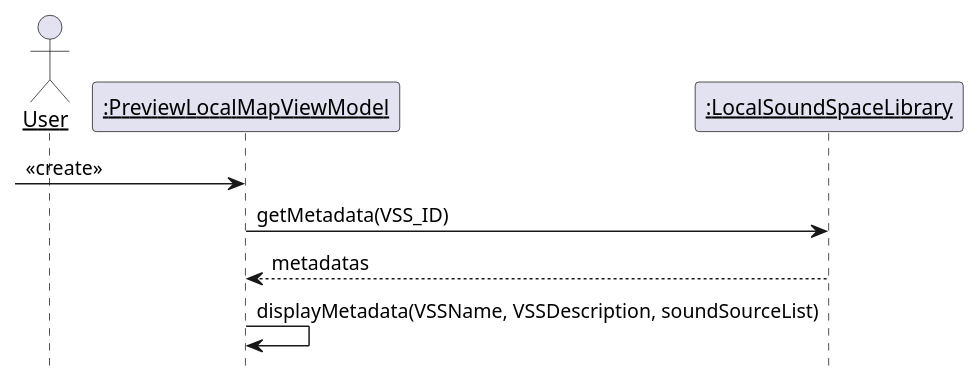
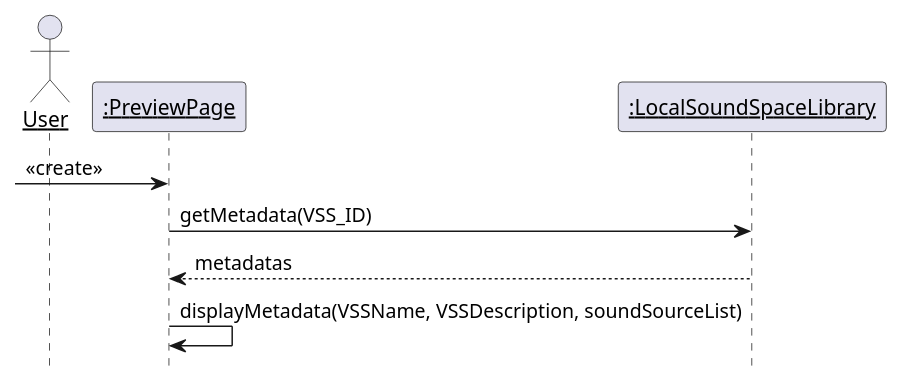
Diagram 26 of 39 in 设计/顺序图.md (kpp19920121/doc), drawn with PlantUML before and after one commit. The commit also changed other lines of this file and 1 other file, not shown here.

Commit message:
改进顺序图与类图一致

````diff
--- a/设计/顺序图.md
+++ b/设计/顺序图.md
@@ -843,15 +838,15 @@
 ```PlantUML
 @startuml Diagrams/PreviewLocalMapVSS
 hide footbox
 skinparam sequenceParticipant underline
 actor User as user
-participant ":PreviewLocalMapViewModel" as viewModel
+participant ":PreviewPage" as viewModel
 participant ":LocalSoundSpaceLibrary" as library
 create viewModel
 [-> viewModel: <<create>>
 viewModel -> library: getMetadata(VSS_ID)
 library --> viewModel: metadatas
 viewModel -> viewModel: displayMetadata(VSSName, VSSDescription, soundSourceList)
 
 @enduml
 ```
````
